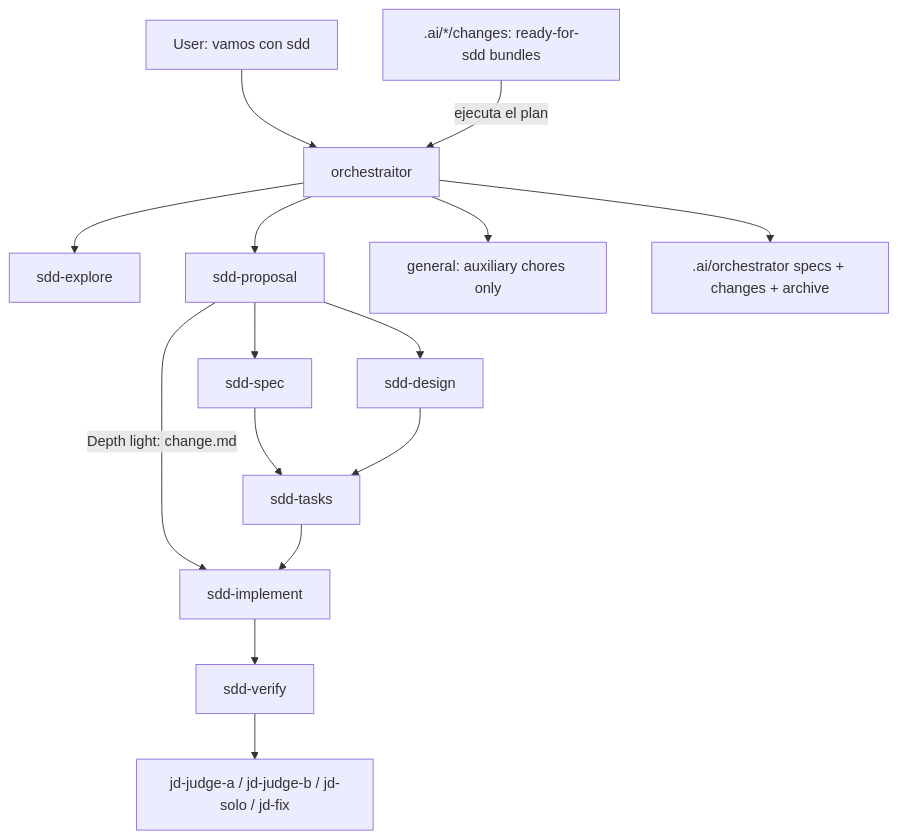
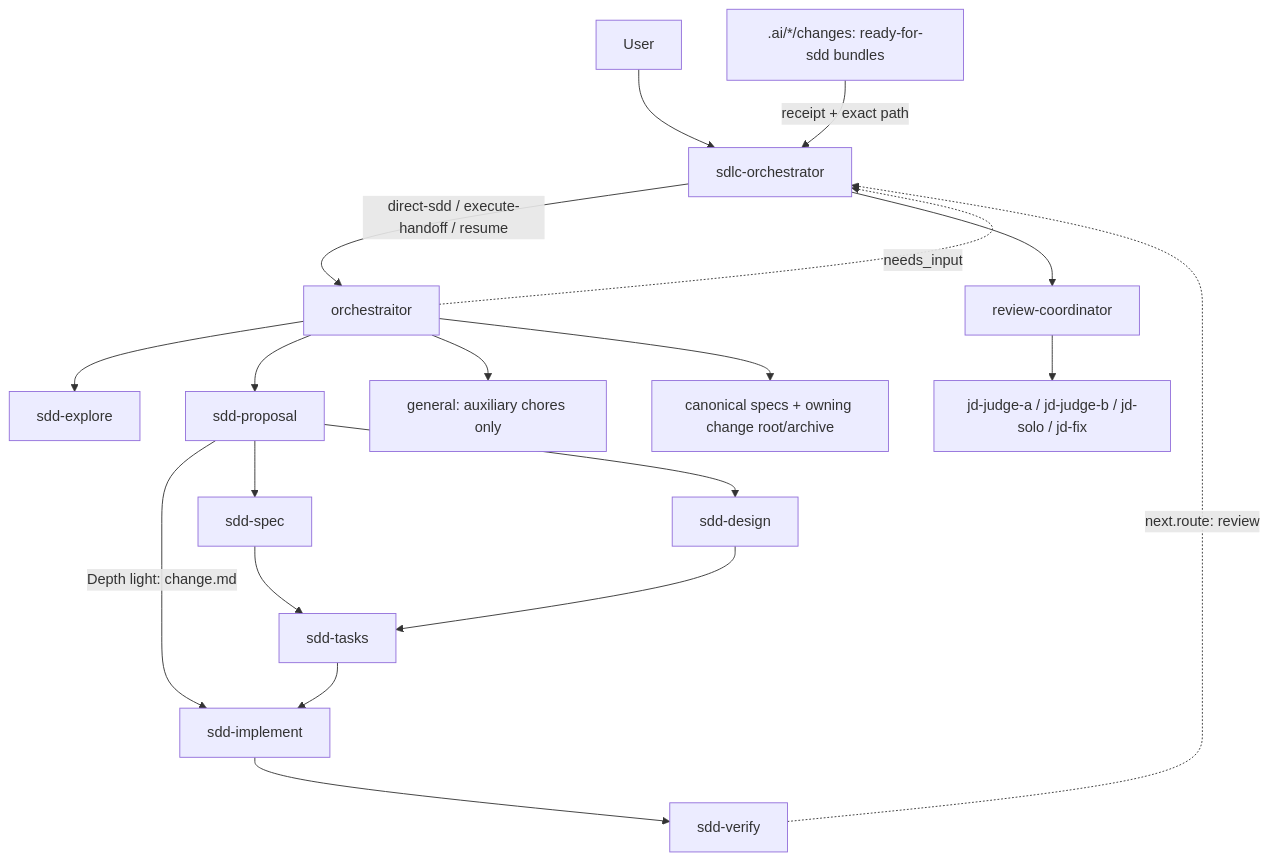
The first of 2 diagrams in domains/sdd/README.md (andresnator/agents-orchestrator), drawn with Mermaid before and after one commit. The commit also changed other lines of this file and 10 other files, not shown here.

Commit message:
feat(sdd): execute planner handoffs without redrafting

````diff
--- a/domains/sdd/README.md
+++ b/domains/sdd/README.md
@@ -52,17 +52,21 @@
 ```mermaid
 graph TD
-  user[User: vamos con sdd] --> orch[orchestraitor]
-  intake[".ai/*/changes: ready-for-sdd bundles"] -->|ejecuta el plan| orch
+  user[User] --> primary[sdlc-orchestrator]
+  primary -->|direct-sdd / execute-handoff / resume| orch[orchestraitor]
+  intake[".ai/*/changes: ready-for-sdd bundles"] -->|receipt + exact path| primary
+  orch -.->|needs_input| primary
   orch --> explore[sdd-explore]
   orch --> proposal[sdd-proposal]
   proposal -->|Depth light: change.md| implement
   proposal --> spec[sdd-spec]
   proposal --> design[sdd-design]
   spec --> tasks[sdd-tasks]
   design --> tasks
   tasks --> implement[sdd-implement]
   implement --> verify[sdd-verify]
-  verify --> jd[jd-judge-a / jd-judge-b / jd-solo / jd-fix]
+  verify -.->|next.route: review| primary
+  primary --> review[review-coordinator]
+  review --> jd[jd-judge-a / jd-judge-b / jd-solo / jd-fix]
   orch --> aux[general: auxiliary chores only]
-  orch --> files[.ai/orchestrator specs + changes + archive]
+  orch --> files[canonical specs + owning change root/archive]
 ```
````
